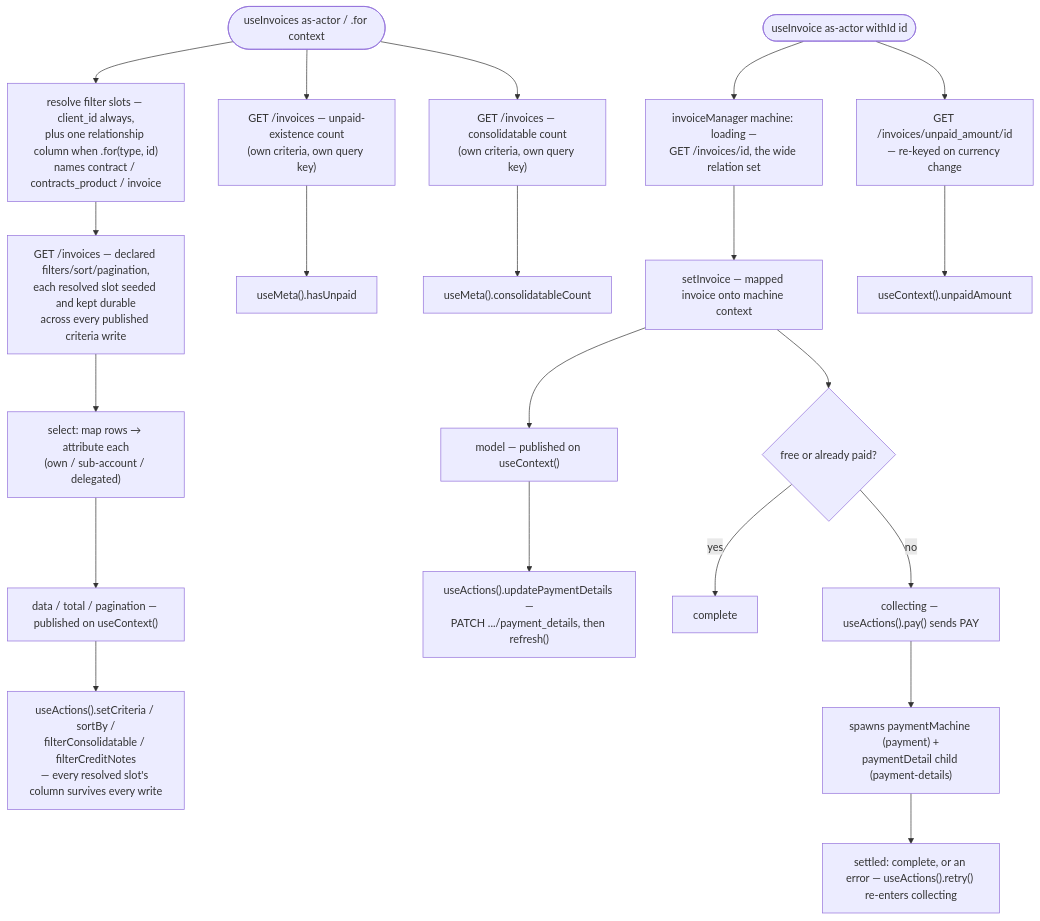
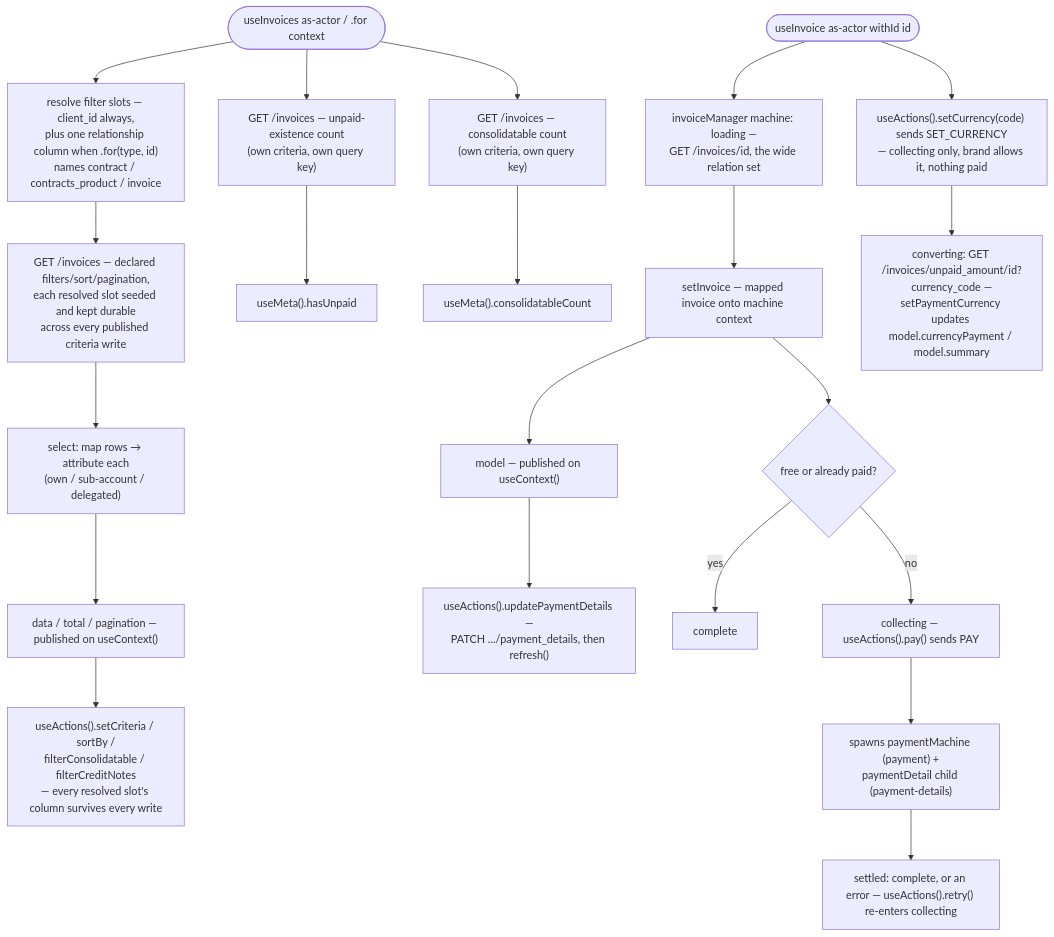
Before and after one commit to upmind/upmind-ui: the diagram in packages/headless/src/modules/invoices/docs/architecture.md, drawn with Mermaid. The commit also changed other lines of this file and 1002 other files, not shown here.

````diff
--- a/packages/headless/src/modules/invoices/docs/architecture.md
+++ b/packages/headless/src/modules/invoices/docs/architecture.md
@@ -11,25 +15,25 @@
 ```mermaid
 flowchart TD
     A([useInvoices as-actor / .for context]) --> B["resolve filter slots — client_id always,<br/>plus one relationship column when .for(type, id)<br/>names contract / contracts_product / invoice"]
     B --> C["GET /invoices — declared filters/sort/pagination,<br/>each resolved slot seeded and kept durable<br/>across every published criteria write"]
     C --> D["select: map rows → attribute each<br/>(own / sub-account / delegated)"]
     D --> E["data / total / pagination — published on useContext()"]
     A --> F["GET /invoices — unpaid-existence count<br/>(own criteria, own query key)"]
     A --> G["GET /invoices — consolidatable count<br/>(own criteria, own query key)"]
     F --> H["useMeta().hasUnpaid"]
     G --> I["useMeta().consolidatableCount"]
 
     J([useInvoice as-actor withId id]) --> K["invoiceManager machine: loading —<br/>GET /invoices/id, the wide relation set"]
     K --> L["setInvoice — mapped invoice onto machine context"]
     L --> M["model — published on useContext()"]
-    J --> N["GET /invoices/unpaid_amount/id<br/>— re-keyed on currency change"]
-    N --> O["useContext().unpaidAmount"]
+    J --> N["useActions().setCurrency(code) sends SET_CURRENCY<br/>— collecting only, brand allows it, nothing paid"]
+    N --> O["converting: GET /invoices/unpaid_amount/id?currency_code —<br/>setPaymentCurrency updates model.currencyPayment / model.summary"]
     L --> R{"free or already paid?"}
     R -- yes --> S["complete"]
     R -- no --> T["collecting — useActions().pay() sends PAY"]
     T --> U["spawns paymentMachine (payment) +<br/>paymentDetail child (payment-details)"]
     U --> V["settled: complete, or an error — useActions().retry() re-enters collecting"]
 
     E --> P["useActions().setCriteria / sortBy /<br/>filterConsolidatable / filterCreditNotes<br/>— every resolved slot's column survives every write"]
     M --> Q["useActions().updatePaymentDetails —<br/>PATCH .../payment_details, then refresh()"]
 ```
````
